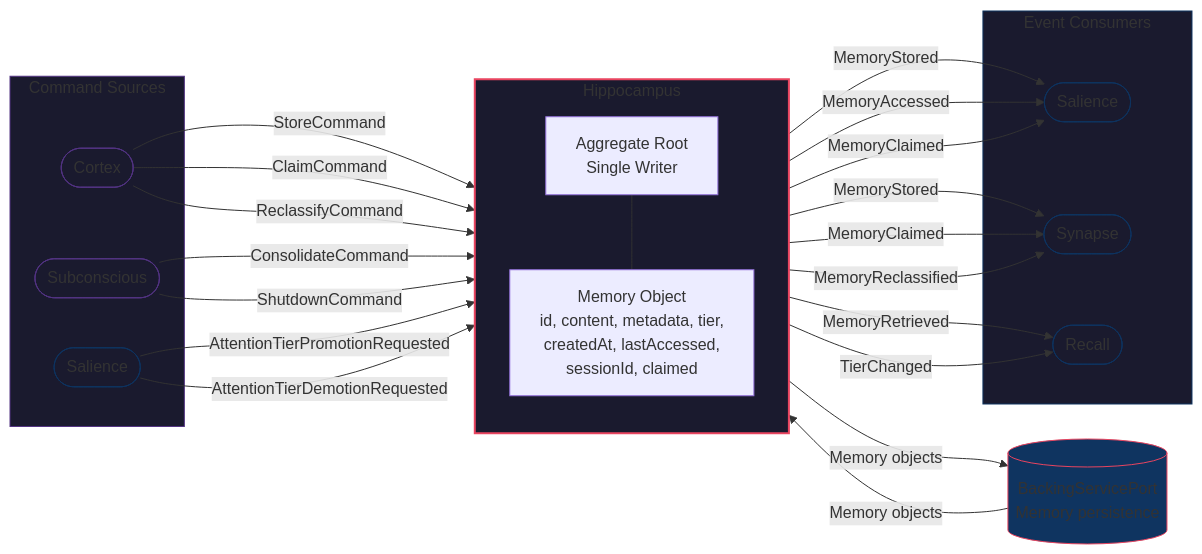
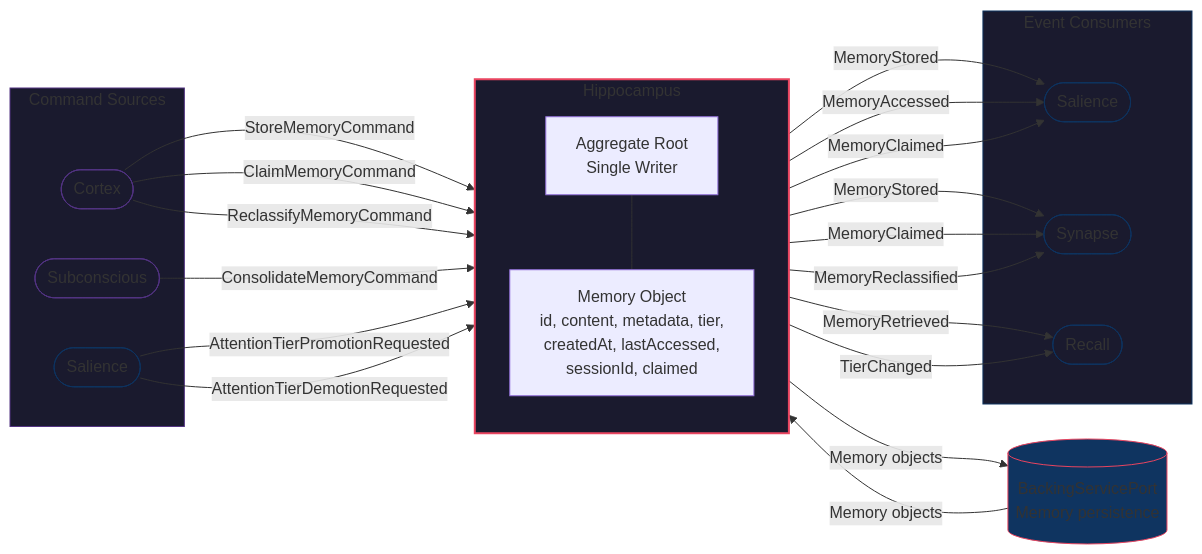
Before and after one commit to Mimis-Gildi/mcp-total-recall: the diagram in site/_includes/diagrams/hp-0001-hippocampus.mmd, drawn with Mermaid. The commit also changed 32 other files, not shown here.

```diff
--- a/site/_includes/diagrams/hp-0001-hippocampus.mmd
+++ b/site/_includes/diagrams/hp-0001-hippocampus.mmd
@@ -1,52 +1,51 @@
 graph LR
     subgraph Sources ["Command Sources"]
         CX(["Cortex"])
         SB(["Subconscious"])
         SL_IN(["Salience"])
     end
 
     subgraph HP ["Hippocampus"]
         direction TB
         ROOT["Aggregate Root<br/>Single Writer"]
         MEM["Memory Object<br/>id, content, metadata, tier,<br/>createdAt, lastAccessed,<br/>sessionId, claimed"]
         ROOT --- MEM
     end
 
     subgraph Consumers ["Event Consumers"]
         SL_OUT(["Salience"])
         SY(["Synapse"])
         RC(["Recall"])
     end
 
     BSP[("BackingServicePort<br/>Memory persistence")]
 
-    CX -- "StoreCommand" --> HP
-    CX -- "ClaimCommand" --> HP
-    CX -- "ReclassifyCommand" --> HP
-    SB -- "ConsolidateCommand" --> HP
-    SB -- "ShutdownCommand" --> HP
+    CX -- "StoreMemoryCommand" --> HP
+    CX -- "ClaimMemoryCommand" --> HP
+    CX -- "ReclassifyMemoryCommand" --> HP
+    SB -- "ConsolidateMemoryCommand" --> HP
     SL_IN -- "AttentionTierPromotionRequested" --> HP
     SL_IN -- "AttentionTierDemotionRequested" --> HP
 
     HP -- "MemoryStored" --> SL_OUT
     HP -- "MemoryAccessed" --> SL_OUT
     HP -- "MemoryClaimed" --> SL_OUT
     HP -- "MemoryStored" --> SY
     HP -- "MemoryClaimed" --> SY
     HP -- "MemoryReclassified" --> SY
     HP -- "MemoryRetrieved" --> RC
     HP -- "TierChanged" --> RC
 
     HP -- "Memory objects" --> BSP
     BSP -- "Memory objects" --> HP
 
     style Sources fill:#1a1a2e,stroke:#533483,stroke-width:1px
     style HP fill:#1a1a2e,stroke:#e94560,stroke-width:2px
     style Consumers fill:#1a1a2e,stroke:#0f3460,stroke-width:1px
     style BSP fill:#0f3460,stroke:#e94560,stroke-width:1px
     style CX fill:#1a1a2e,stroke:#533483,stroke-width:1px
     style SB fill:#1a1a2e,stroke:#533483,stroke-width:1px
     style SL_IN fill:#1a1a2e,stroke:#0f3460,stroke-width:1px
     style SL_OUT fill:#1a1a2e,stroke:#0f3460,stroke-width:1px
     style SY fill:#1a1a2e,stroke:#0f3460,stroke-width:1px
     style RC fill:#1a1a2e,stroke:#0f3460,stroke-width:1px
```
